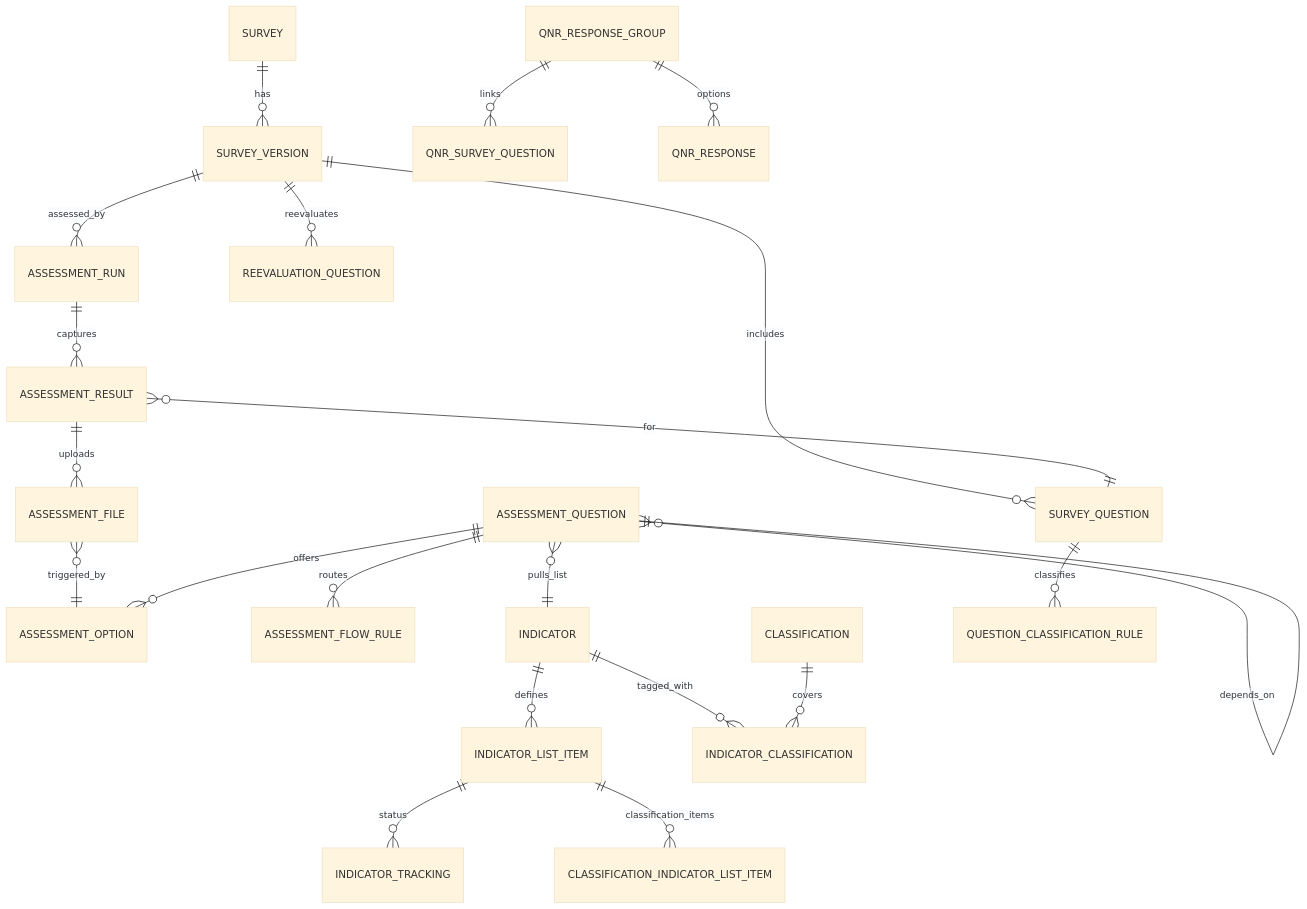
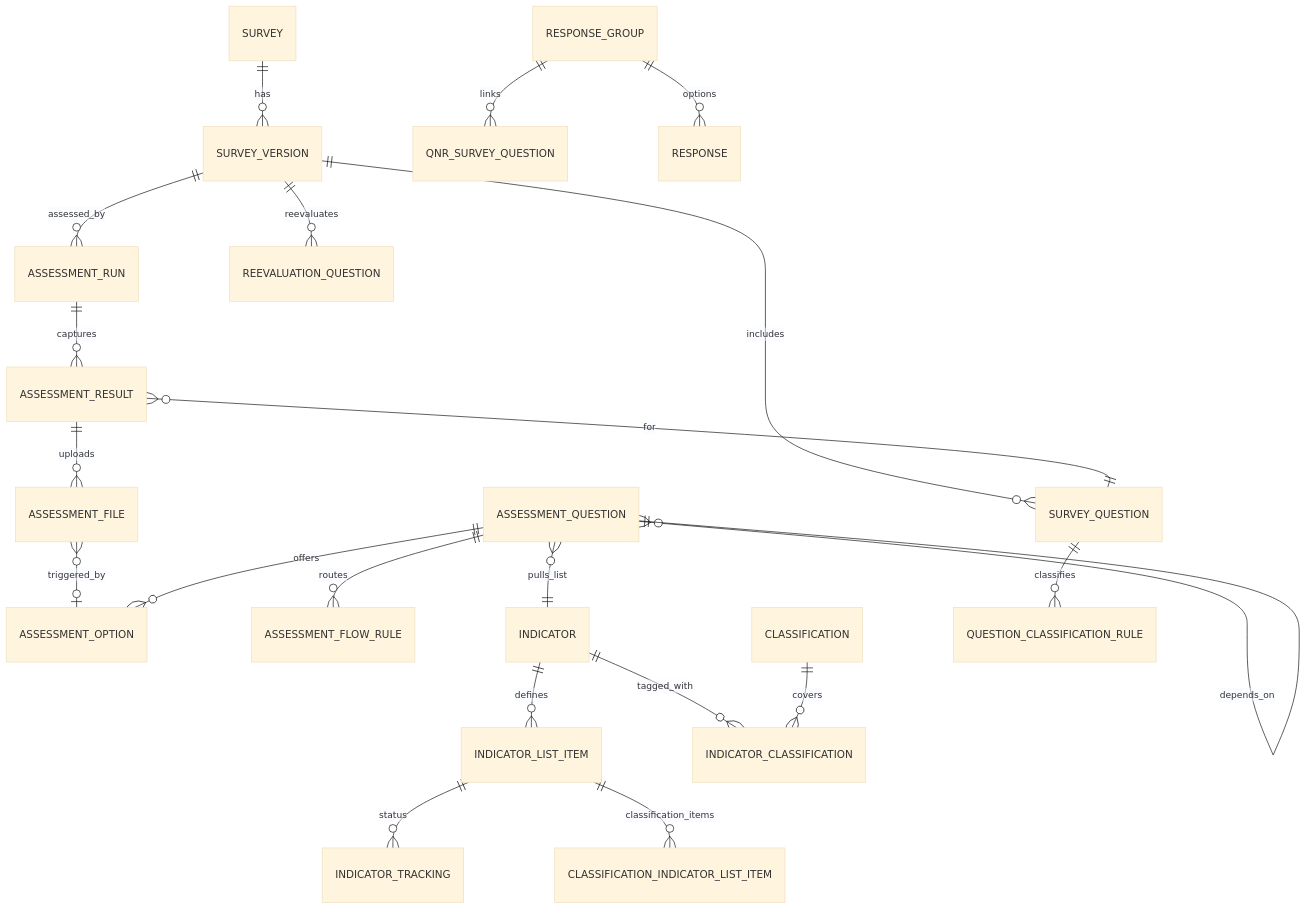
The diagram in README.md (azizmojil/QuestionsBank), drawn with Mermaid (base theme) before and after one commit. The commit also changed other lines of this file, not shown here.

Commit message:
docs: refine README ERD details

````diff
--- a/README.md
+++ b/README.md
@@ -28,23 +28,23 @@
 ```mermaid
 erDiagram
     SURVEY ||--o{ SURVEY_VERSION : has
     SURVEY_VERSION ||--o{ SURVEY_QUESTION : includes
     SURVEY_VERSION ||--o{ ASSESSMENT_RUN : assessed_by
     ASSESSMENT_RUN ||--o{ ASSESSMENT_RESULT : captures
     ASSESSMENT_RESULT }o--|| SURVEY_QUESTION : for
     ASSESSMENT_RESULT ||--o{ ASSESSMENT_FILE : uploads
-    ASSESSMENT_FILE }o--|| ASSESSMENT_OPTION : triggered_by
+    ASSESSMENT_FILE }o--o| ASSESSMENT_OPTION : triggered_by
     ASSESSMENT_QUESTION ||--o{ ASSESSMENT_OPTION : offers
     ASSESSMENT_QUESTION ||--o{ ASSESSMENT_FLOW_RULE : routes
     ASSESSMENT_QUESTION }o--|| ASSESSMENT_QUESTION : depends_on
     ASSESSMENT_QUESTION }o--|| INDICATOR : pulls_list
     INDICATOR ||--o{ INDICATOR_LIST_ITEM : defines
     INDICATOR_LIST_ITEM ||--o{ INDICATOR_TRACKING : status
     INDICATOR ||--o{ INDICATOR_CLASSIFICATION : tagged_with
     CLASSIFICATION ||--o{ INDICATOR_CLASSIFICATION : covers
     INDICATOR_LIST_ITEM ||--o{ CLASSIFICATION_INDICATOR_LIST_ITEM : classification_items
     SURVEY_QUESTION ||--o{ QUESTION_CLASSIFICATION_RULE : classifies
     SURVEY_VERSION ||--o{ REEVALUATION_QUESTION : reevaluates
-    QNR_RESPONSE_GROUP ||--o{ QNR_SURVEY_QUESTION : links
-    QNR_RESPONSE_GROUP ||--o{ QNR_RESPONSE : options
+    RESPONSE_GROUP ||--o{ QNR_SURVEY_QUESTION : links
+    RESPONSE_GROUP ||--o{ RESPONSE : options
 ```
````
